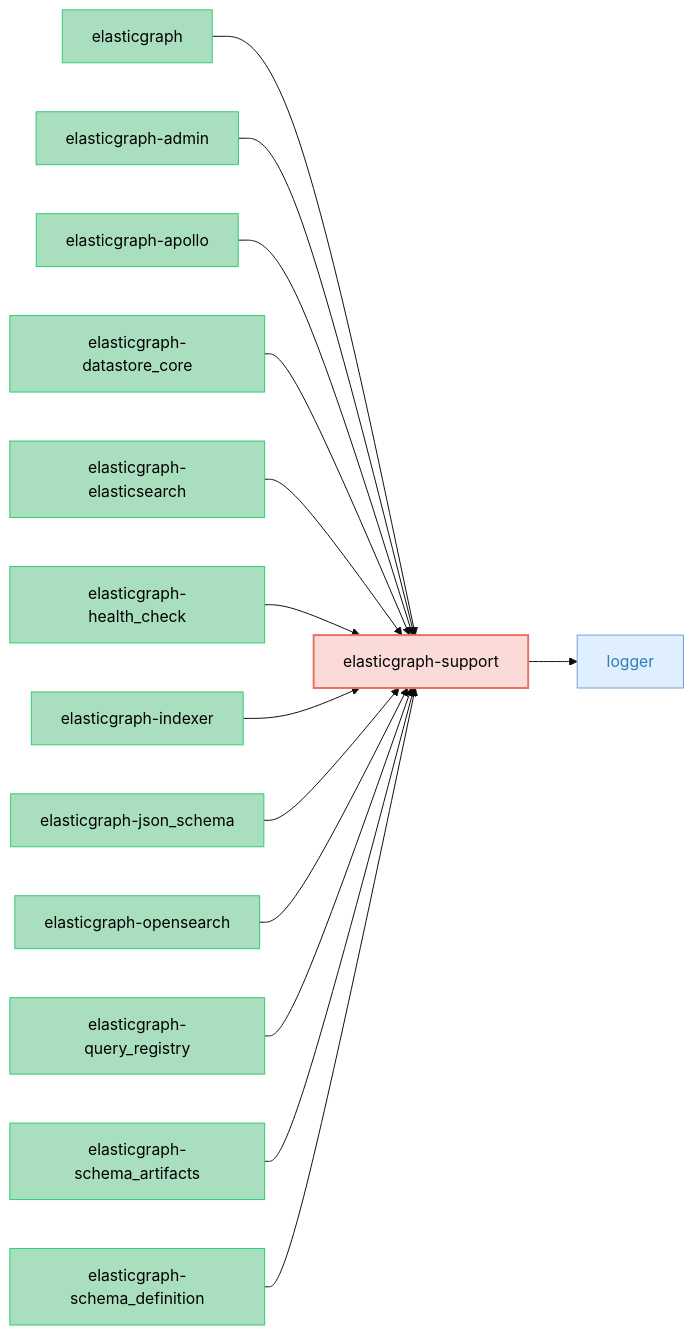
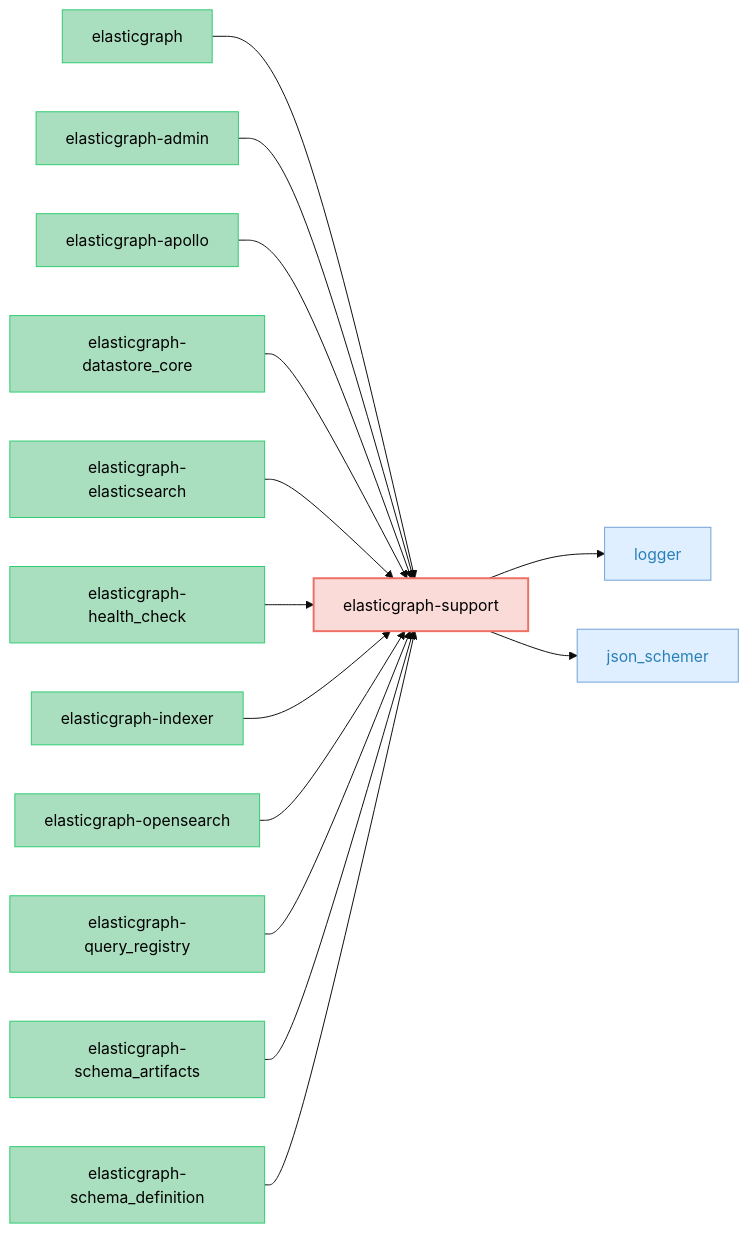
One commit to ciaran51/elasticgraph changed the diagram in elasticgraph-support/README.md. Above: the diagram before and after it, drawn with Mermaid (base theme). The commit also changed other lines of this file and 43 other files, not shown here.

First line of the commit message:
Merge `elasticgraph-json_schema` into `elasticgraph-support`.

````diff
--- a/elasticgraph-support/README.md
+++ b/elasticgraph-support/README.md
@@ -11,48 +14,49 @@
 ```mermaid
 graph LR;
     classDef targetGemStyle fill:#FADBD8,stroke:#EC7063,color:#000,stroke-width:2px;
     classDef otherEgGemStyle fill:#A9DFBF,stroke:#2ECC71,color:#000;
     classDef externalGemStyle fill:#E0EFFF,stroke:#70A1D7,color:#2980B9;
     elasticgraph-support["elasticgraph-support"];
     class elasticgraph-support targetGemStyle;
     logger["logger"];
     elasticgraph-support --> logger;
     class logger externalGemStyle;
+    json_schemer["json_schemer"];
+    elasticgraph-support --> json_schemer;
+    class json_schemer externalGemStyle;
     elasticgraph["elasticgraph"];
     elasticgraph --> elasticgraph-support;
     class elasticgraph otherEgGemStyle;
     elasticgraph-admin["elasticgraph-admin"];
     elasticgraph-admin --> elasticgraph-support;
     class elasticgraph-admin otherEgGemStyle;
     elasticgraph-apollo["elasticgraph-apollo"];
     elasticgraph-apollo --> elasticgraph-support;
     class elasticgraph-apollo otherEgGemStyle;
     elasticgraph-datastore_core["elasticgraph-datastore_core"];
     elasticgraph-datastore_core --> elasticgraph-support;
     class elasticgraph-datastore_core otherEgGemStyle;
     elasticgraph-elasticsearch["elasticgraph-elasticsearch"];
     elasticgraph-elasticsearch --> elasticgraph-support;
     class elasticgraph-elasticsearch otherEgGemStyle;
     elasticgraph-health_check["elasticgraph-health_check"];
     elasticgraph-health_check --> elasticgraph-support;
     class elasticgraph-health_check otherEgGemStyle;
     elasticgraph-indexer["elasticgraph-indexer"];
     elasticgraph-indexer --> elasticgraph-support;
     class elasticgraph-indexer otherEgGemStyle;
-    elasticgraph-json_schema["elasticgraph-json_schema"];
-    elasticgraph-json_schema --> elasticgraph-support;
-    class elasticgraph-json_schema otherEgGemStyle;
     elasticgraph-opensearch["elasticgraph-opensearch"];
     elasticgraph-opensearch --> elasticgraph-support;
     class elasticgraph-opensearch otherEgGemStyle;
     elasticgraph-query_registry["elasticgraph-query_registry"];
     elasticgraph-query_registry --> elasticgraph-support;
     class elasticgraph-query_registry otherEgGemStyle;
     elasticgraph-schema_artifacts["elasticgraph-schema_artifacts"];
     elasticgraph-schema_artifacts --> elasticgraph-support;
     class elasticgraph-schema_artifacts otherEgGemStyle;
     elasticgraph-schema_definition["elasticgraph-schema_definition"];
     elasticgraph-schema_definition --> elasticgraph-support;
     class elasticgraph-schema_definition otherEgGemStyle;
     click logger href "https://rubygems.org/gems/logger" "Open on RubyGems.org" _blank;
+    click json_schemer href "https://rubygems.org/gems/json_schemer" "Open on RubyGems.org" _blank;
 ```
````
